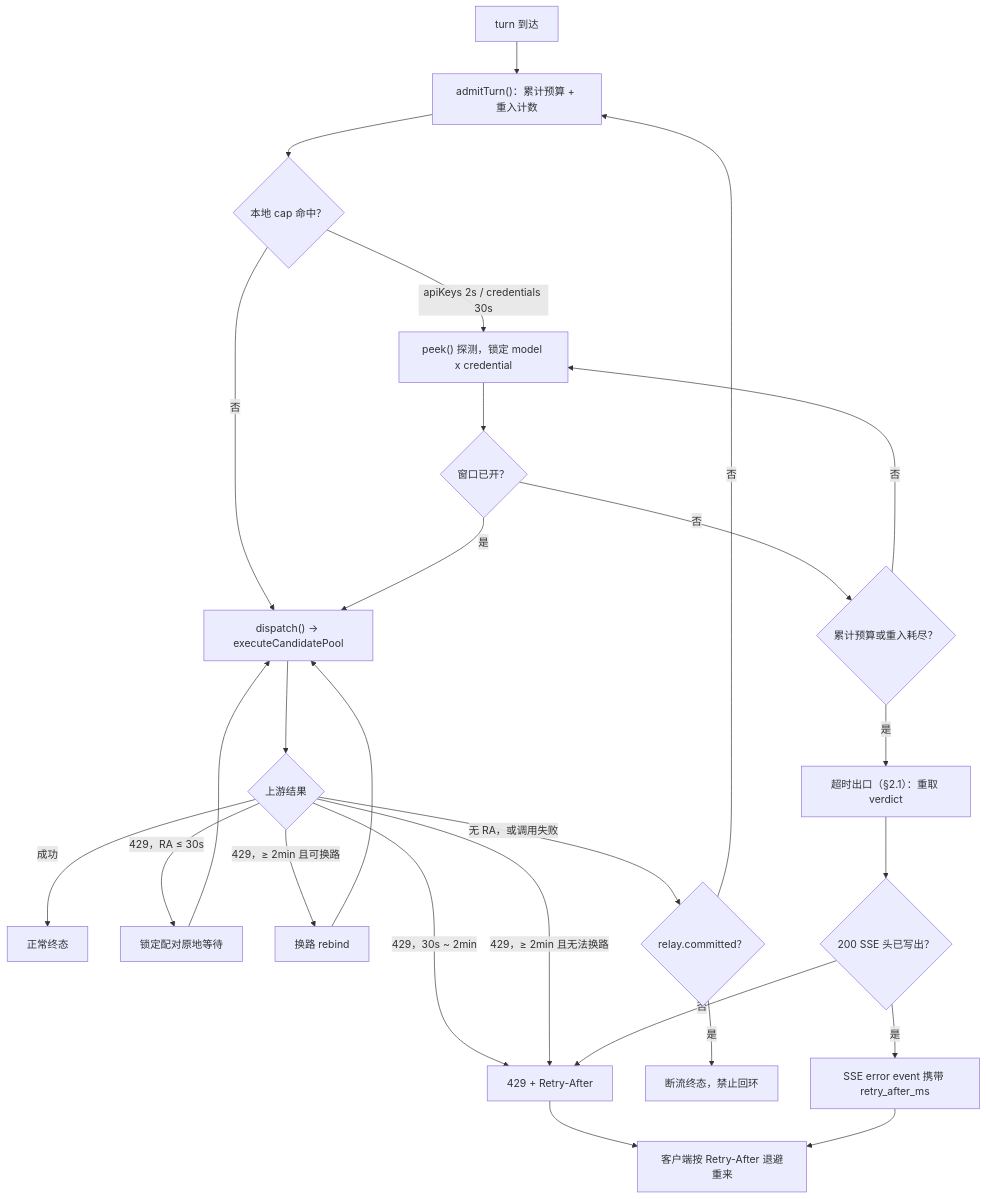
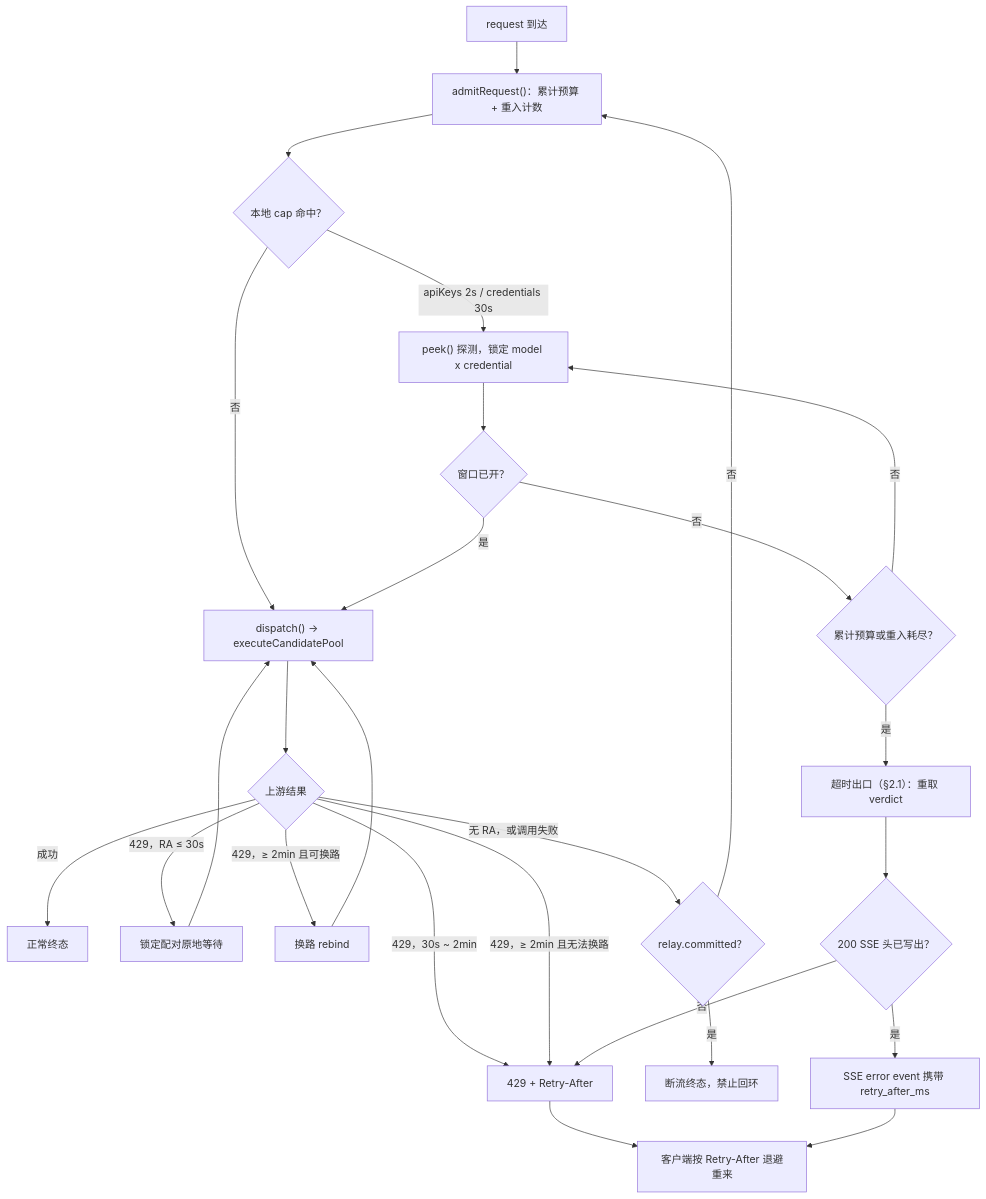
Before and after one commit to kenlin8827/omnicell-router: the diagram in docs/adr/zh-CN/0023-rate-limit-waiting-and-reentrant-admission.md, drawn with Mermaid. The commit also changed other lines of this file and 52 other files, not shown here.

````diff
--- a/docs/adr/zh-CN/0023-rate-limit-waiting-and-reentrant-admission.md
+++ b/docs/adr/zh-CN/0023-rate-limit-waiting-and-reentrant-admission.md
@@ -66,28 +68,28 @@
 ```mermaid
 flowchart TD
-  A["turn 到达"] --> B["admitTurn()：累计预算 + 重入计数"]
+  A["request 到达"] --> B["admitRequest()：累计预算 + 重入计数"]
   B --> C{"本地 cap 命中？"}
   C -->|"否"| D["dispatch() → executeCandidatePool"]
   C -->|"apiKeys 2s / credentials 30s"| E["peek() 探测，锁定 model x credential"]
   E --> F{"窗口已开？"}
   F -->|"是"| D
   F -->|"否"| G{"累计预算或重入耗尽？"}
   G -->|"否"| E
   G -->|"是"| X["超时出口（§2.1）：重取 verdict"]
   D --> H{"上游结果"}
   H -->|"成功"| OK["正常终态"]
   H -->|"429，RA ≤ 30s"| I["锁定配对原地等待"]
   I --> D
   H -->|"429，30s ~ 2min"| J["429 + Retry-After"]
   H -->|"429，≥ 2min 且可换路"| K["换路 rebind"]
   K --> D
   H -->|"429，≥ 2min 且无法换路"| J
   H -->|"无 RA，或调用失败"| L{"relay.committed？"}
   L -->|"否"| B
   L -->|"是"| M["断流终态，禁止回环"]
   X --> N{"200 SSE 头已写出？"}
   N -->|"否"| J
   N -->|"是"| O["SSE error event 携带 retry_after_ms"]
   J --> CLI["客户端按 Retry-After 退避重来"]
   O --> CLI
 ```
````
